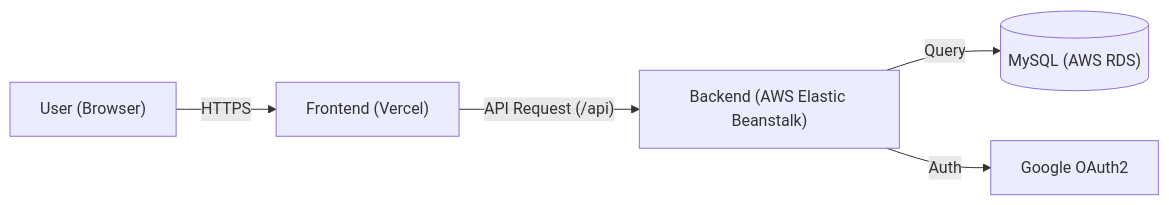
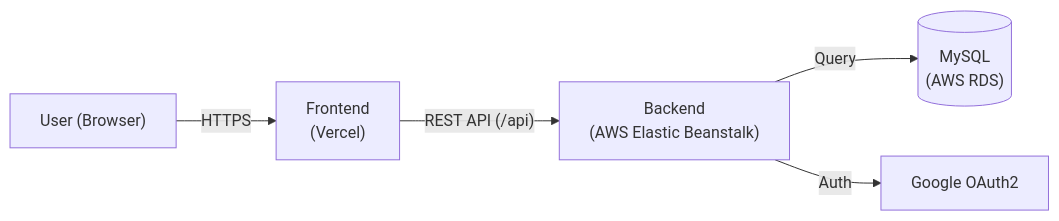
The first of 2 diagrams in README.md (kitpractice703/aquarium), drawn with Mermaid before and after one commit. The commit also changed other lines of this file and 77 other files, not shown here.

````diff
--- a/README.md
+++ b/README.md
@@ -48,7 +59,7 @@
 ```mermaid
 graph LR
-    User["User (Browser)"] -->|HTTPS| Frontend["Frontend (Vercel)"]
-    Frontend -->|"API Request (/api)"| Backend["Backend (AWS Elastic Beanstalk)"]
-    Backend -->|Query| DB[("MySQL (AWS RDS)")]
+    User["User (Browser)"] -->|HTTPS| Frontend["Frontend\n(Vercel)"]
+    Frontend -->|"REST API (/api)"| Backend["Backend\n(AWS Elastic Beanstalk)"]
+    Backend -->|Query| DB[("MySQL\n(AWS RDS)")]
     Backend -->|Auth| Google["Google OAuth2"]
 ```
````
